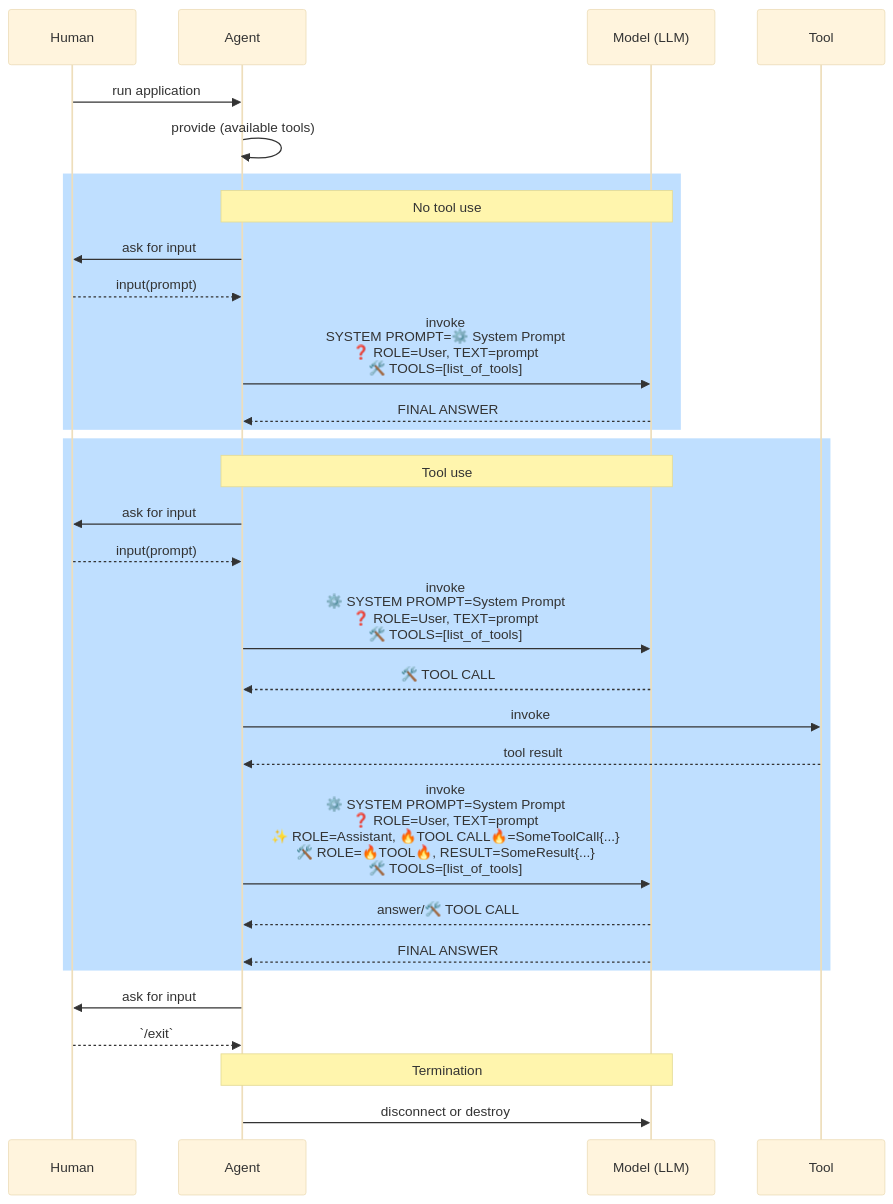
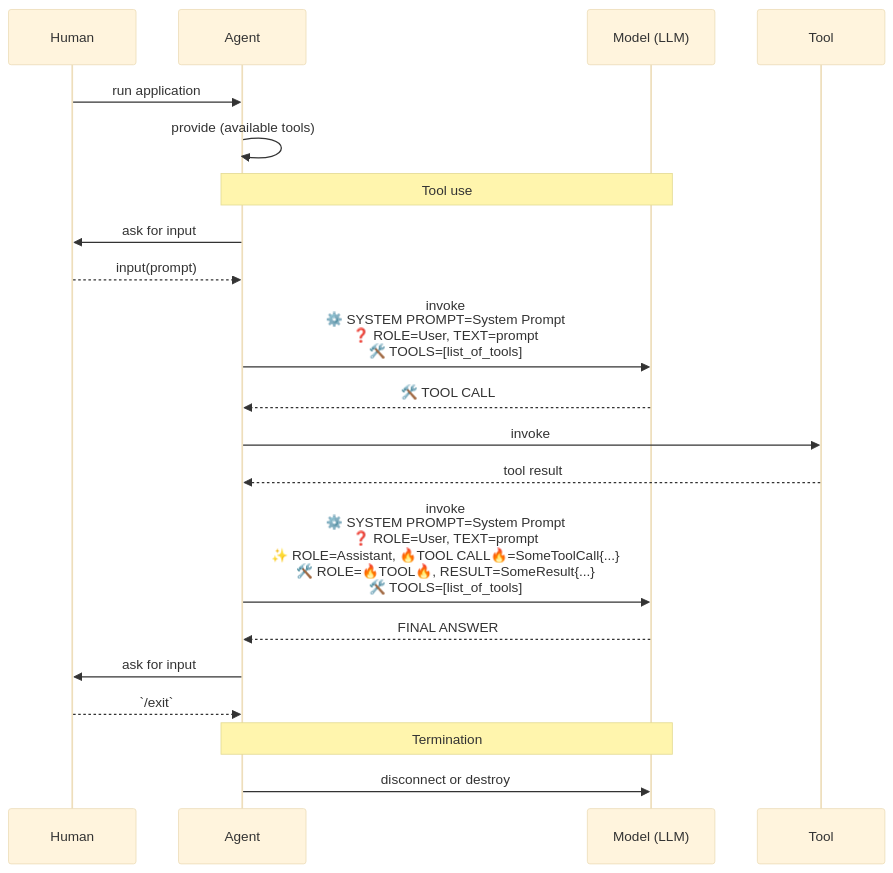
The diagram in sequence-diagrams/3.tools.mermaid (ducin-public/azor-training), drawn with Mermaid (base theme) before and after one commit. The commit also changed 50 other files, not shown here.

```diff
--- a/sequence-diagrams/3.tools.mermaid
+++ b/sequence-diagrams/3.tools.mermaid
@@ -1,40 +1,40 @@
 sequenceDiagram
     participant H as Human
     participant A as Agent
     participant M as Model (LLM)
     participant T as Tool
 
     H ->> A: run application
     A ->> A: provide (available tools)
 
-    rect rgb(191, 223, 255)
-    Note over A, M: No tool use
-    A ->> H: ask for input
-    H -->> A: input(prompt)
-    A ->> M: invoke<br />SYSTEM PROMPT=⚙️ System Prompt<br/>❓ ROLE=User, TEXT=prompt<br/>🛠️ TOOLS=[list_of_tools]
-    M -->> A: FINAL ANSWER
-    end
+    %% %% rect rgb(191, 223, 255)
+    %% Note over A, M: No tool use
+    %% A ->> H: ask for input
+    %% H -->> A: input(prompt)
+    %% A ->> M: invoke<br />SYSTEM PROMPT=⚙️ System Prompt<br/>❓ ROLE=User, TEXT=prompt<br/>🛠️ TOOLS=[list_of_tools]
+    %% M -->> A: FINAL ANSWER
+    %% %% end
     
-    rect rgb(191, 223, 255)
+    %% rect rgb(191, 223, 255)
     Note over A, M: Tool use
     A ->> H: ask for input
     H -->> A: input(prompt)
     A ->> M: invoke<br />⚙️ SYSTEM PROMPT=System Prompt<br/>❓ ROLE=User, TEXT=prompt<br/>🛠️ TOOLS=[list_of_tools]
     M -->> A: 🛠️ TOOL CALL
 
     A ->> T: invoke
     T -->> A: tool result
     %% no user prompt here (!)
     A ->> M: invoke<br />⚙️ SYSTEM PROMPT=System Prompt<br/>❓ ROLE=User, TEXT=prompt<br/>✨ ROLE=Assistant, 🔥TOOL CALL🔥=SomeToolCall{...}<br/>🛠️ ROLE=🔥TOOL🔥, RESULT=SomeResult{...}<br/>🛠️ TOOLS=[list_of_tools]
 
     %% either another TOOL CALL
-    M -->> A: answer/🛠️ TOOL CALL
+    %% M -->> A: answer/🛠️ TOOL CALL
     %% or FINAL ANSWER (text)
     M -->> A: FINAL ANSWER
-    end
+    %% end
 
     A ->> H: ask for input
     H -->> A: `/exit`
     Note over A, M: Termination
     A ->> M: disconnect or destroy
     destroy M
```
